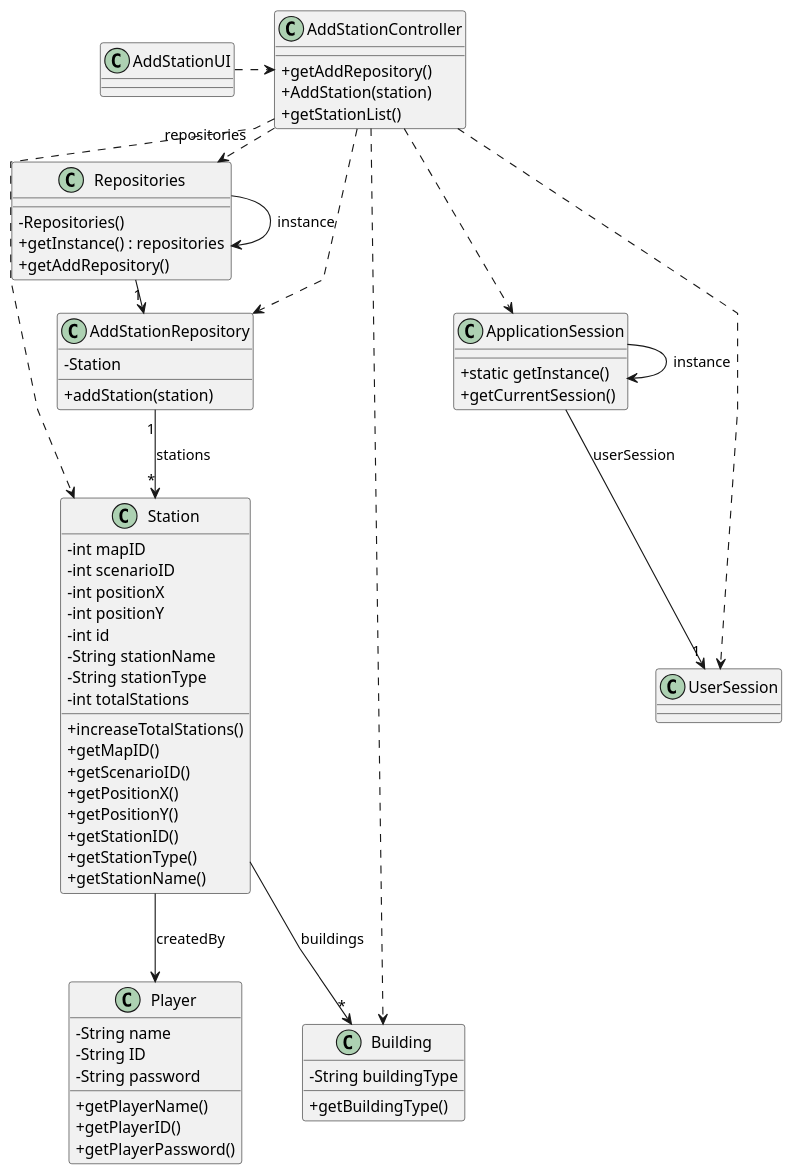
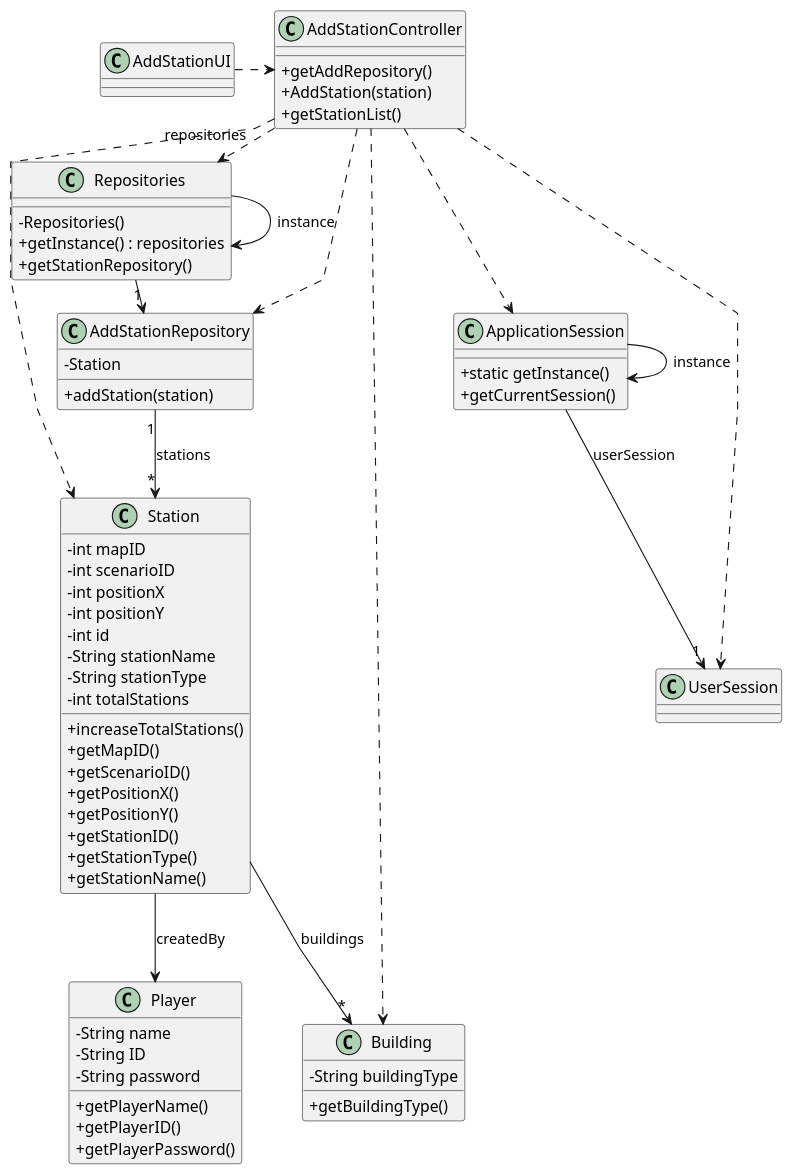
Before and after one commit to ivasduarte/all-aboard: the diagram in docs/sprint3/us005/03.design/puml/us005-class-diagram.puml, drawn with PlantUML. The commit also changed 2 other files, not shown here.

```diff
--- a/docs/sprint3/us005/03.design/puml/us005-class-diagram.puml
+++ b/docs/sprint3/us005/03.design/puml/us005-class-diagram.puml
@@ -1,93 +1,93 @@
 @startuml
 skinparam packageeStyle rectangle
 skinparam shadowing false
 skinparam linetype polyline
 
 skinparam classAttributeIconSize 0
 
 class Player {
     - String name
     - String ID
     - String password
     + getPlayerName()
     + getPlayerID()
     + getPlayerPassword()
 }
 
 class UserSession {
 }
 
 class ApplicationSession {
     + static getInstance()
     + getCurrentSession()
 }
 
 
 class Station {
     - int mapID
     - int scenarioID
     - int positionX
     - int positionY
     - int id
     - String stationName
     - String stationType
     - int totalStations
 
     + increaseTotalStations()
     + getMapID()
     + getScenarioID()
     + getPositionX()
     + getPositionY()
     + getStationID()
     + getStationType()
     + getStationName()
 }
 
 class Building {
     - String buildingType
       + getBuildingType()
 }
 
 class AddStationUI {
 }
 
 class AddStationController {
     + getAddRepository()
     + AddStation(station)
     + getStationList()
 }
 
 class Repositories {
     - Repositories()
     + getInstance() : repositories
-    + getAddRepository()
+    + getStationRepository()
 }
 
 class AddStationRepository {
     - Station
     + addStation(station)
 }
 
 Repositories -> Repositories : instance
 ApplicationSession -> ApplicationSession : instance
 
 AddStationUI .> AddStationController
 
 AddStationController .> Repositories : repositories
 
 Repositories -> "1" AddStationRepository
 AddStationController ..> Station
 AddStationController ..> Building
 AddStationController ..> AddStationRepository
 
 ApplicationSession --> "1" UserSession : userSession
 
 AddStationController ..> ApplicationSession
 AddStationController ..> UserSession
 
 AddStationRepository "1" --> "*" Station : stations
 
 Station --> Player : createdBy
 Station --> "*" Building : buildings
 
 @enduml
```
